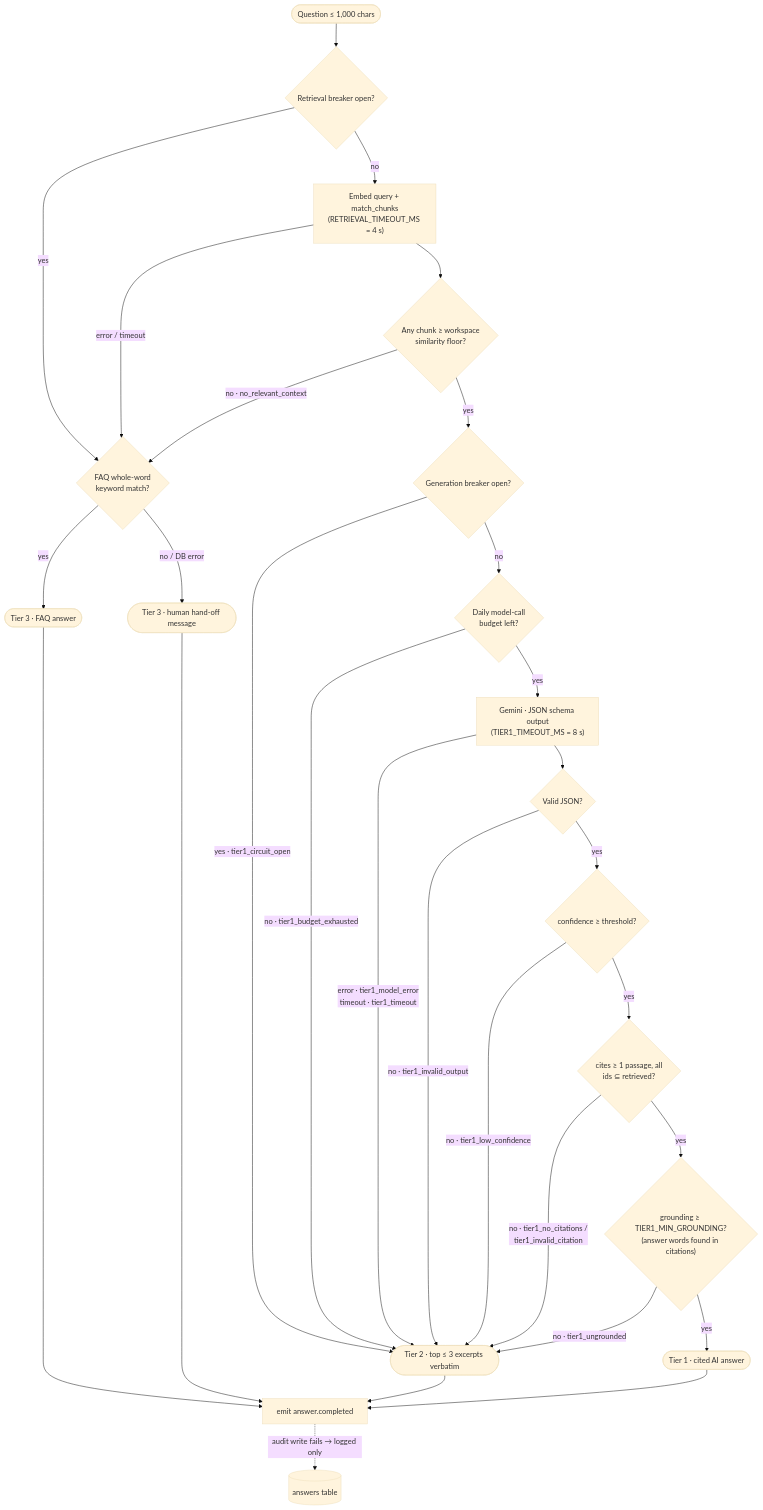
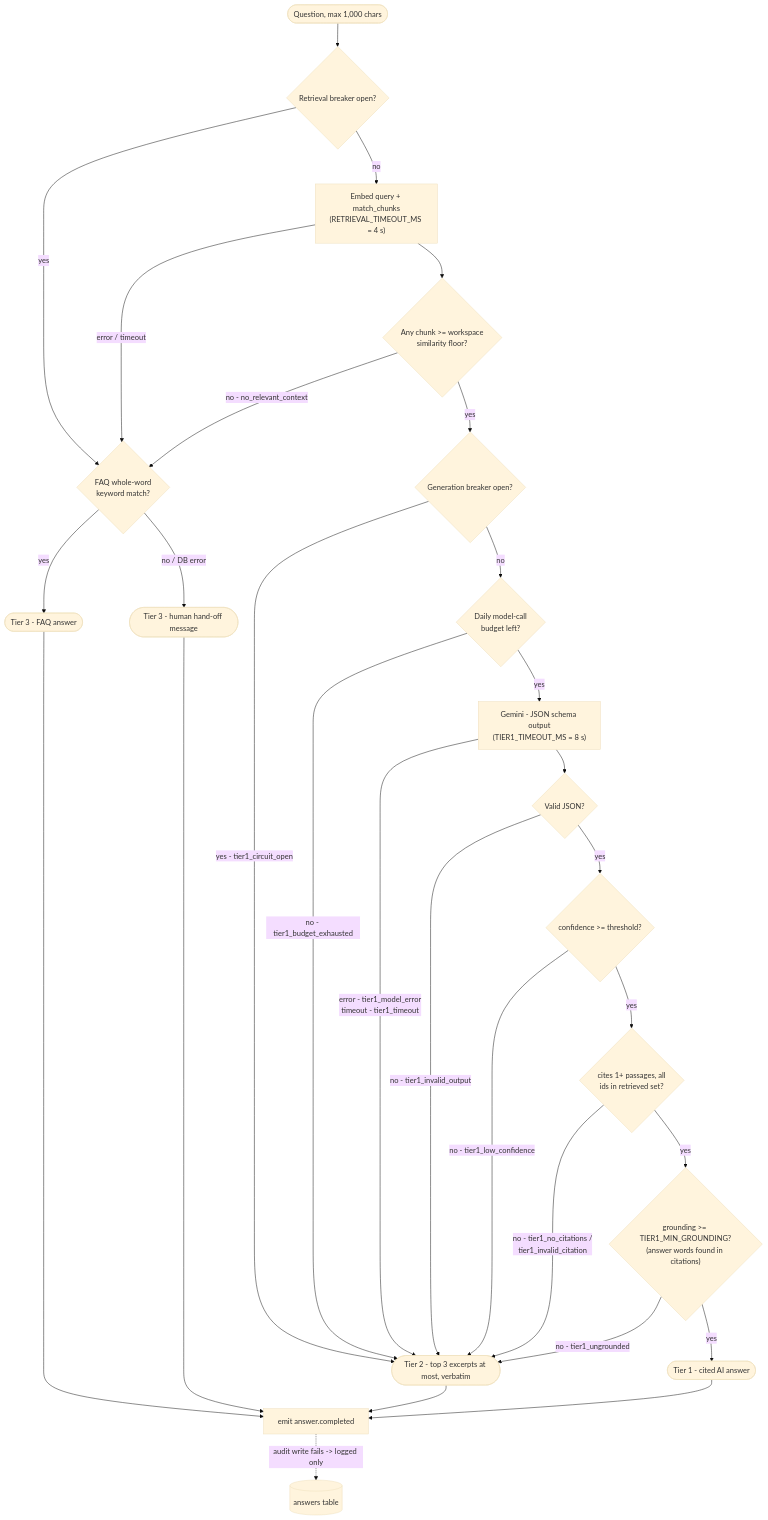
Before and after one commit to JawadulHadi/omni-io: the fifth of 14 diagrams in docs/gist/omni-io-architecture.md, drawn with Mermaid (base theme). The commit also changed other lines of this file, not shown here.

First line of the commit message:
docs(gist): make the architecture doc ASCII-only and drop the raw script tag

````diff
--- a/docs/gist/omni-io-architecture.md
+++ b/docs/gist/omni-io-architecture.md
@@ -207,30 +207,30 @@
 ```mermaid
 flowchart TD
-  Q(["Question ≤ 1,000 chars"]) --> RB{"Retrieval breaker open?"}
+  Q(["Question, max 1,000 chars"]) --> RB{"Retrieval breaker open?"}
   RB -- "yes" --> T3
   RB -- "no" --> E["Embed query + match_chunks<br/>(RETRIEVAL_TIMEOUT_MS = 4 s)"]
   E -- "error / timeout" --> T3
-  E --> F{"Any chunk ≥ workspace<br/>similarity floor?"}
-  F -- "no · no_relevant_context" --> T3
+  E --> F{"Any chunk >= workspace<br/>similarity floor?"}
+  F -- "no - no_relevant_context" --> T3
   F -- "yes" --> GB{"Generation breaker open?"}
-  GB -- "yes · tier1_circuit_open" --> T2
+  GB -- "yes - tier1_circuit_open" --> T2
   GB -- "no" --> BUD{"Daily model-call<br/>budget left?"}
-  BUD -- "no · tier1_budget_exhausted" --> T2
-  BUD -- "yes" --> G["Gemini · JSON schema output<br/>(TIER1_TIMEOUT_MS = 8 s)"]
-  G -- "error · tier1_model_error<br/>timeout · tier1_timeout" --> T2
+  BUD -- "no - tier1_budget_exhausted" --> T2
+  BUD -- "yes" --> G["Gemini - JSON schema output<br/>(TIER1_TIMEOUT_MS = 8 s)"]
+  G -- "error - tier1_model_error<br/>timeout - tier1_timeout" --> T2
   G --> V1{"Valid JSON?"}
-  V1 -- "no · tier1_invalid_output" --> T2
-  V1 -- "yes" --> V2{"confidence ≥ threshold?"}
-  V2 -- "no · tier1_low_confidence" --> T2
-  V2 -- "yes" --> V3{"cites ≥ 1 passage, all<br/>ids ⊆ retrieved?"}
-  V3 -- "no · tier1_no_citations /<br/>tier1_invalid_citation" --> T2
-  V3 -- "yes" --> V4{"grounding ≥ TIER1_MIN_GROUNDING?<br/>(answer words found in citations)"}
-  V4 -- "no · tier1_ungrounded" --> T2
-  V4 -- "yes" --> T1(["Tier 1 · cited AI answer"])
-  T2(["Tier 2 · top ≤ 3 excerpts verbatim"])
-  T3{"FAQ whole-word<br/>keyword match?"} -- "yes" --> F3(["Tier 3 · FAQ answer"])
-  T3 -- "no / DB error" --> H(["Tier 3 · human hand-off message"])
+  V1 -- "no - tier1_invalid_output" --> T2
+  V1 -- "yes" --> V2{"confidence >= threshold?"}
+  V2 -- "no - tier1_low_confidence" --> T2
+  V2 -- "yes" --> V3{"cites 1+ passages, all<br/>ids in retrieved set?"}
+  V3 -- "no - tier1_no_citations /<br/>tier1_invalid_citation" --> T2
+  V3 -- "yes" --> V4{"grounding >= TIER1_MIN_GROUNDING?<br/>(answer words found in citations)"}
+  V4 -- "no - tier1_ungrounded" --> T2
+  V4 -- "yes" --> T1(["Tier 1 - cited AI answer"])
+  T2(["Tier 2 - top 3 excerpts at most, verbatim"])
+  T3{"FAQ whole-word<br/>keyword match?"} -- "yes" --> F3(["Tier 3 - FAQ answer"])
+  T3 -- "no / DB error" --> H(["Tier 3 - human hand-off message"])
 
   T1 & T2 & F3 & H --> EV["emit answer.completed"]
-  EV -. "audit write fails → logged only" .-> AUD[("answers table")]
+  EV -. "audit write fails -> logged only" .-> AUD[("answers table")]
 ```
````
